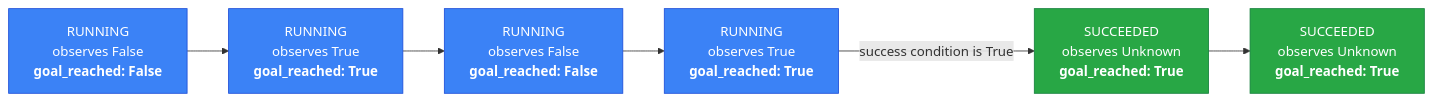
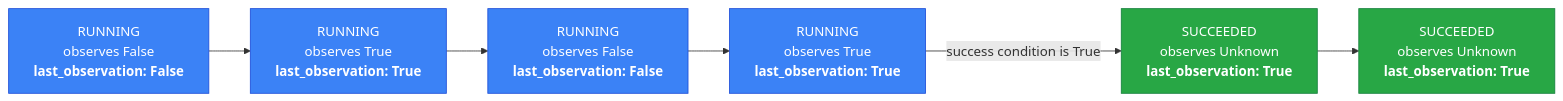
Before and after one commit to Tigul/cognitive_robot_abstract_machine: the third of 11 diagrams in giskardpy/doc/motion_statecharts.md, drawn with Mermaid. The commit also changed other lines of this file and 16 other files, not shown here.

First line of the commit message:
refactor(motion_statechart): replace `goal_reached` with `last_observation` across codebase

````diff
--- a/giskardpy/doc/motion_statecharts.md
+++ b/giskardpy/doc/motion_statecharts.md
@@ -208,15 +197,15 @@
 ```{mermaid}
 flowchart LR
-    c1["RUNNING<br/>observes False<br/><b>goal_reached: False</b>"]
-    c2["RUNNING<br/>observes True<br/><b>goal_reached: True</b>"]
-    c3["RUNNING<br/>observes False<br/><b>goal_reached: False</b>"]
-    c4["RUNNING<br/>observes True<br/><b>goal_reached: True</b>"]
-    c5["SUCCEEDED<br/>observes Unknown<br/><b>goal_reached: True</b>"]
-    c6["SUCCEEDED<br/>observes Unknown<br/><b>goal_reached: True</b>"]
+    c1["RUNNING<br/>observes False<br/><b>last_observation: False</b>"]
+    c2["RUNNING<br/>observes True<br/><b>last_observation: True</b>"]
+    c3["RUNNING<br/>observes False<br/><b>last_observation: False</b>"]
+    c4["RUNNING<br/>observes True<br/><b>last_observation: True</b>"]
+    c5["SUCCEEDED<br/>observes Unknown<br/><b>last_observation: True</b>"]
+    c6["SUCCEEDED<br/>observes Unknown<br/><b>last_observation: True</b>"]
     c1 --> c2 --> c3 --> c4 -- "success condition is True" --> c5 --> c6
 
     classDef running fill:#3B82F6,stroke:#1D4ED8,color:#FFFFFF
     classDef succeeded fill:#28A745,stroke:#15803D,color:#FFFFFF
     class c1,c2,c3,c4 running
     class c5,c6 succeeded
 ```
````
